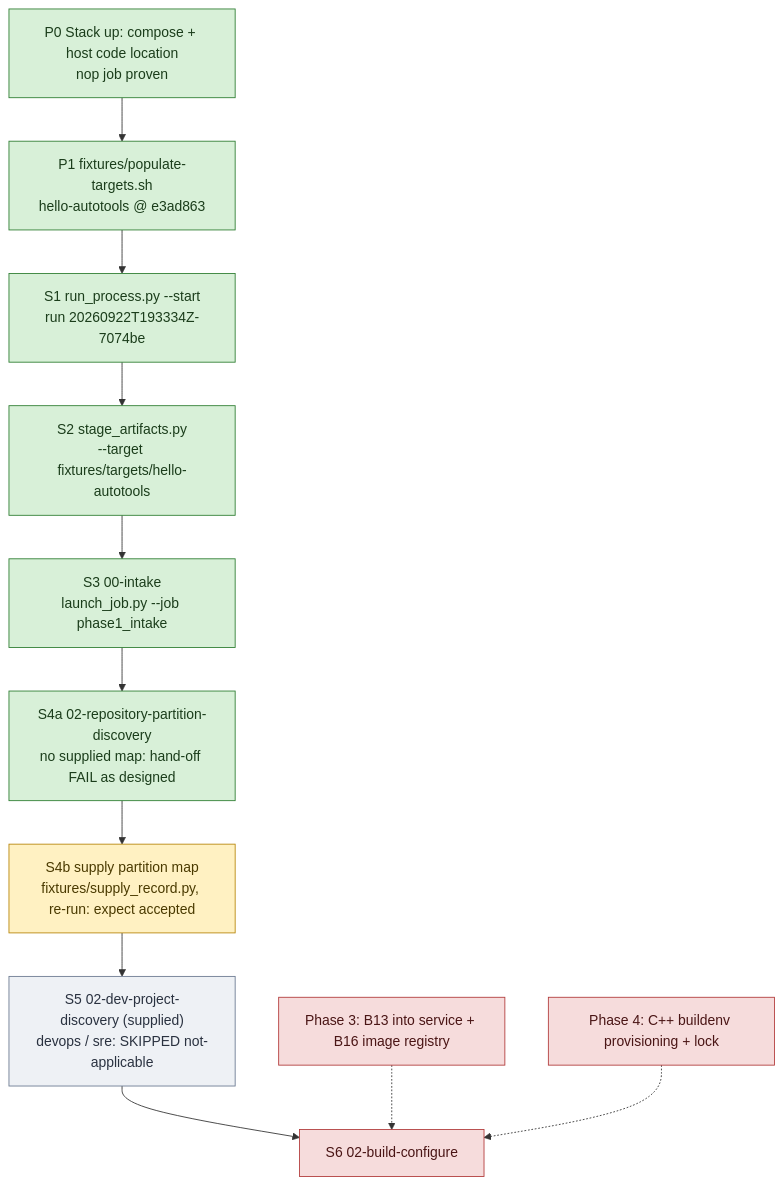
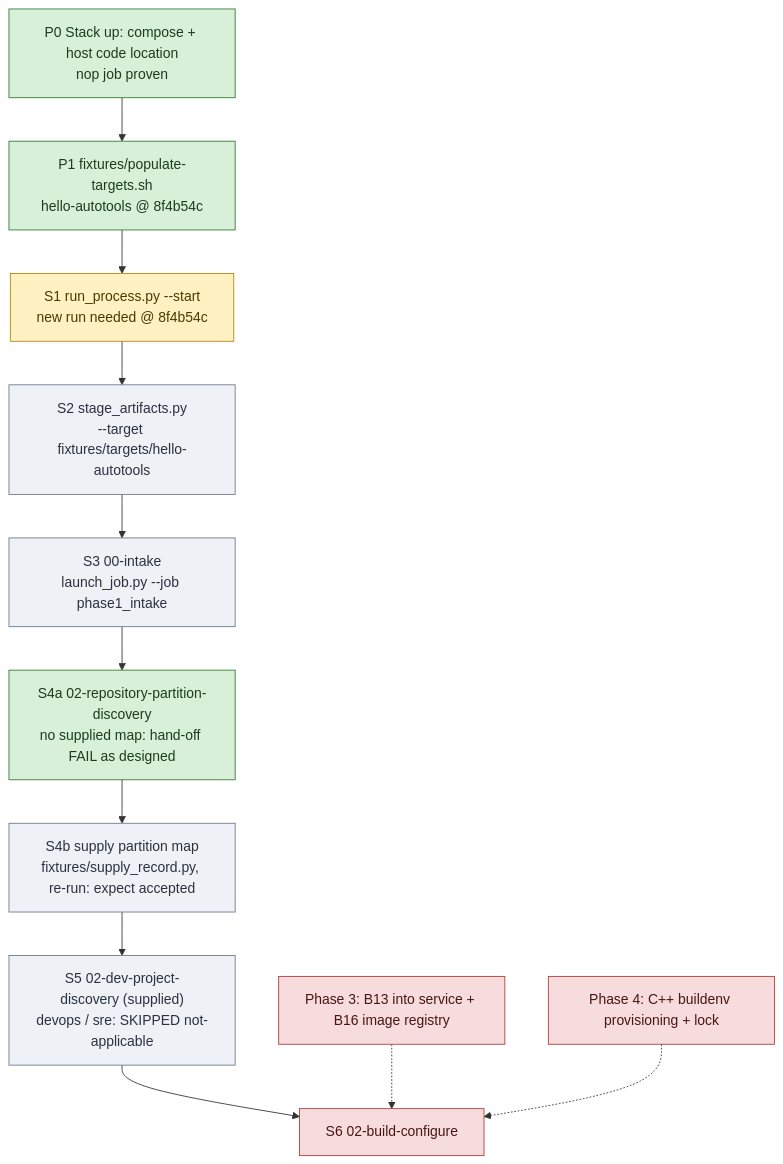
The diagram in docs/processes/flow-bringup.md (wsollers/appsec-review), drawn with Mermaid before and after one commit. The commit also changed other lines of this file and 2 other files, not shown here.

First line of the commit message:
Re-pin hello-autotools to 8f4b54c (answer key off main); regenerate partition map

````diff
--- a/docs/processes/flow-bringup.md
+++ b/docs/processes/flow-bringup.md
@@ -12,23 +12,23 @@
 ```mermaid
 flowchart TD
   P0["P0 Stack up: compose + host code location<br/>nop job proven"]:::done
-  P1["P1 fixtures/populate-targets.sh<br/>hello-autotools @ e3ad863"]:::done
-  S1["S1 run_process.py --start<br/>run 20260922T193334Z-7074be"]:::done
-  S2["S2 stage_artifacts.py<br/>--target fixtures/targets/hello-autotools"]:::done
-  S3["S3 00-intake<br/>launch_job.py --job phase1_intake"]:::done
+  P1["P1 fixtures/populate-targets.sh<br/>hello-autotools @ 8f4b54c"]:::done
+  S1["S1 run_process.py --start<br/>new run needed @ 8f4b54c"]:::next
+  S2["S2 stage_artifacts.py<br/>--target fixtures/targets/hello-autotools"]:::todo
+  S3["S3 00-intake<br/>launch_job.py --job phase1_intake"]:::todo
   S4a["S4a 02-repository-partition-discovery<br/>no supplied map: hand-off FAIL as designed"]:::done
-  S4b["S4b supply partition map<br/>fixtures/supply_record.py, re-run: expect accepted"]:::next
+  S4b["S4b supply partition map<br/>fixtures/supply_record.py, re-run: expect accepted"]:::todo
   S5["S5 02-dev-project-discovery (supplied)<br/>devops / sre: SKIPPED not-applicable"]:::todo
   S6["S6 02-build-configure"]:::blocked
   B13["Phase 3: B13 into service + B16 image registry"]:::blocked
   BE["Phase 4: C++ buildenv provisioning + lock"]:::blocked
 
   P0 --> P1 --> S1 --> S2 --> S3 --> S4a --> S4b --> S5 --> S6
   B13 -.-> S6
   BE -.-> S6
 
   classDef done fill:#d8f0d8,stroke:#2e7d32,color:#1b3d1b
   classDef next fill:#fff1c2,stroke:#b8860b,color:#4a3a00
   classDef todo fill:#eef1f5,stroke:#6b7a90,color:#2a3240
   classDef blocked fill:#f6dcdc,stroke:#b23b3b,color:#4a1515
 ```
````
